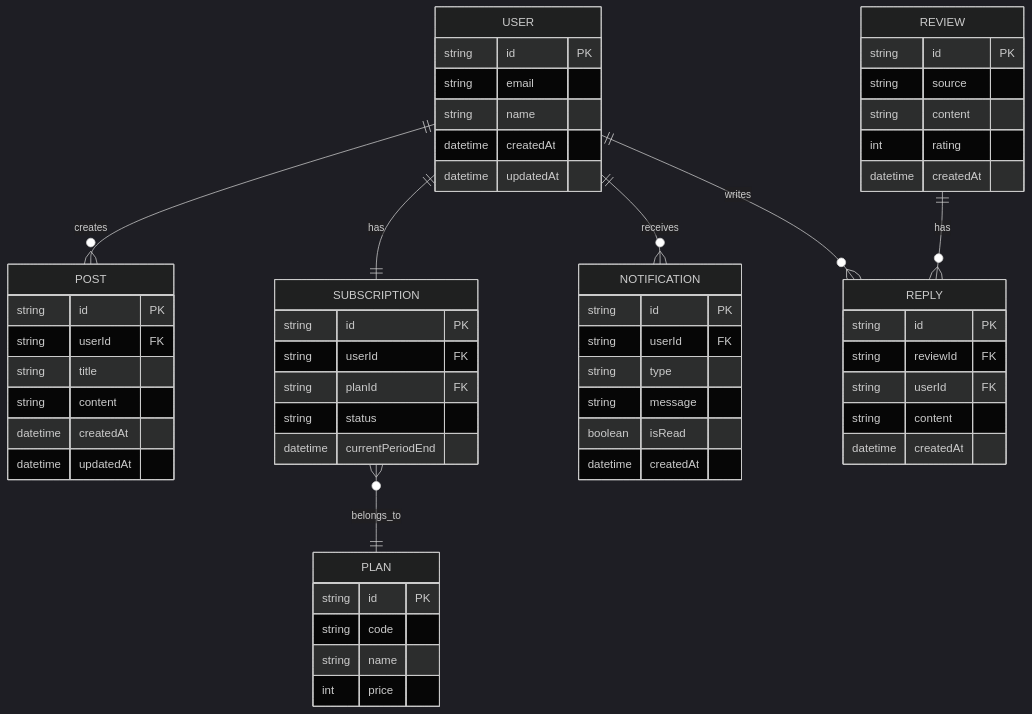
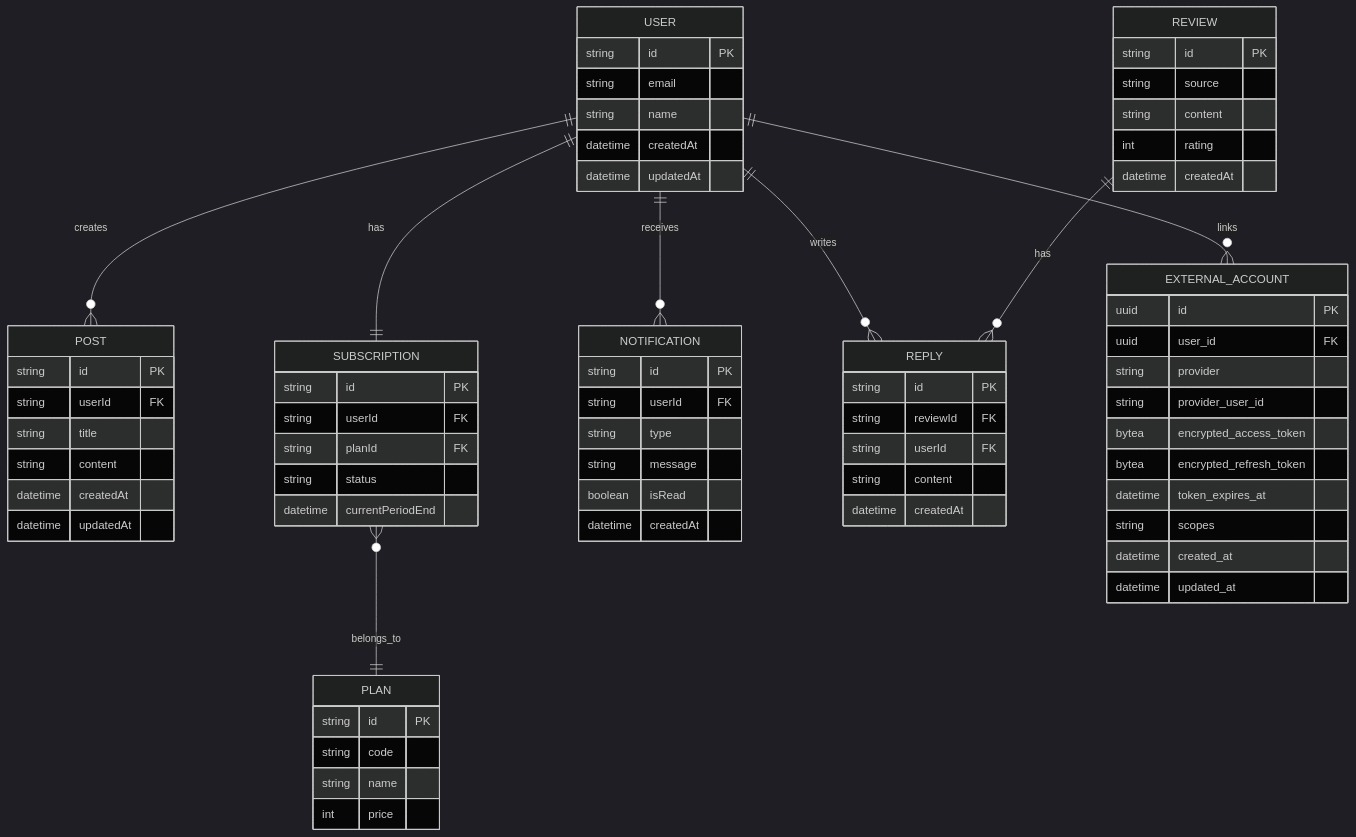
The first of 3 diagrams in docs/03_data_design.md (NK28116/web-PJ), drawn with Mermaid (dark theme) before and after one commit. The commit also changed other lines of this file and 19 other files, not shown here.

````diff
--- a/docs/03_data_design.md
+++ b/docs/03_data_design.md
@@ -7,66 +7,80 @@
 ```mermaid
 erDiagram
     USER ||--o{ POST : creates
     USER ||--|| SUBSCRIPTION : has
     SUBSCRIPTION }o--|| PLAN : belongs_to
     USER ||--o{ NOTIFICATION : receives
     USER ||--o{ REPLY : writes
+    USER ||--o{ EXTERNAL_ACCOUNT : links
     REVIEW ||--o{ REPLY : has
-    
+
+    EXTERNAL_ACCOUNT {
+        uuid id PK
+        uuid user_id FK
+        string provider
+        string provider_user_id
+        bytea encrypted_access_token
+        bytea encrypted_refresh_token
+        datetime token_expires_at
+        string scopes
+        datetime created_at
+        datetime updated_at
+    }
+
     USER {
         string id PK
         string email
         string name
         datetime createdAt
         datetime updatedAt
     }
     
     PLAN {
         string id PK
         string code
         string name
         int price
     }
 
     SUBSCRIPTION {
         string id PK
         string userId FK
         string planId FK
         string status
         datetime currentPeriodEnd
     }
 
     POST {
         string id PK
         string userId FK
         string title
         string content
         datetime createdAt
         datetime updatedAt
     }
     
     REVIEW {
         string id PK
         string source
         string content
         int rating
         datetime createdAt
     }
 
     REPLY {
         string id PK
         string reviewId FK
         string userId FK
         string content
         datetime createdAt
     }
 
     NOTIFICATION {
         string id PK
         string userId FK
         string type
         string message
         boolean isRead
         datetime createdAt
     }
 ```
````
